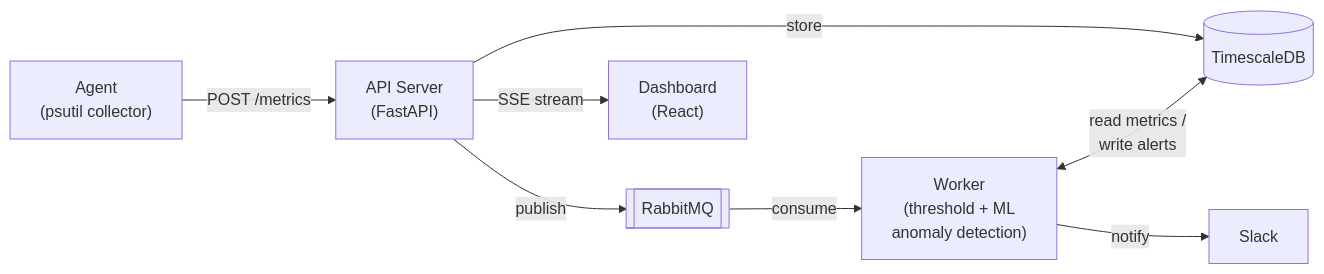
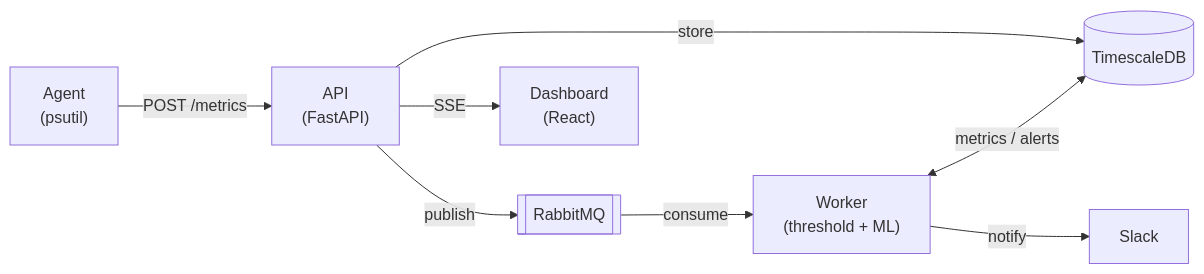
The diagram in README.md (vector94/nazar), drawn with Mermaid before and after one commit. The commit also changed other lines of this file and 7 other files, not shown here.

Commit message:
Fix dashboard crash, SSE connection leak

````diff
--- a/README.md
+++ b/README.md
@@ -9,10 +11,10 @@
 ```mermaid
 flowchart LR
-    Agent["Agent<br/>(psutil collector)"] -->|POST /metrics| API["API Server<br/>(FastAPI)"]
+    Agent["Agent<br/>(psutil)"] -->|POST /metrics| API["API<br/>(FastAPI)"]
     API -->|store| DB[("TimescaleDB")]
     API -->|publish| MQ[["RabbitMQ"]]
-    MQ -->|consume| Worker["Worker<br/>(threshold + ML<br/>anomaly detection)"]
-    Worker <-->|read metrics /<br/>write alerts| DB
+    MQ -->|consume| Worker["Worker<br/>(threshold + ML)"]
+    Worker <-->|metrics / alerts| DB
     Worker -->|notify| Slack["Slack"]
-    API -->|SSE stream| Dashboard["Dashboard<br/>(React)"]
+    API -->|SSE| Dashboard["Dashboard<br/>(React)"]
 ```
````
